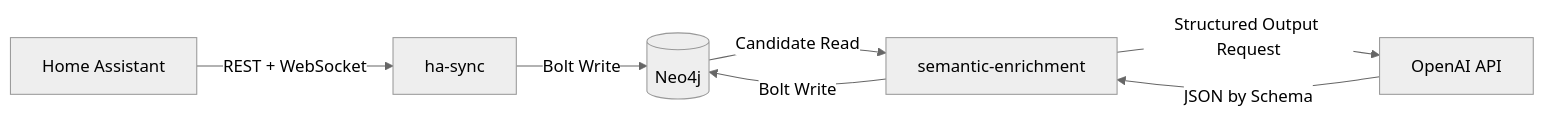
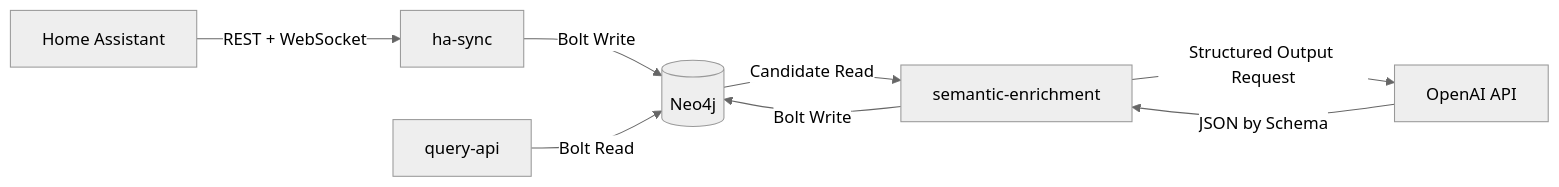
Before and after one commit to joku-dev/ha-CPsWMS: the diagram in docs/ARCHITECTURE.md, drawn with Mermaid (neutral theme). The commit also changed other lines of this file and 16 other files, not shown here.

````diff
--- a/docs/ARCHITECTURE.md
+++ b/docs/ARCHITECTURE.md
@@ -21,15 +23,17 @@
 ```mermaid
 flowchart LR
   HA[Home Assistant]
   Sync[ha-sync]
   Neo4j[(Neo4j)]
   Enrich[semantic-enrichment]
+  Query[query-api]
   OpenAI[OpenAI API]
 
   HA -->|REST + WebSocket| Sync
   Sync -->|Bolt Write| Neo4j
   Neo4j -->|Candidate Read| Enrich
   Enrich -->|Structured Output Request| OpenAI
   OpenAI -->|JSON by Schema| Enrich
   Enrich -->|Bolt Write| Neo4j
+  Query -->|Bolt Read| Neo4j
 ```
````
